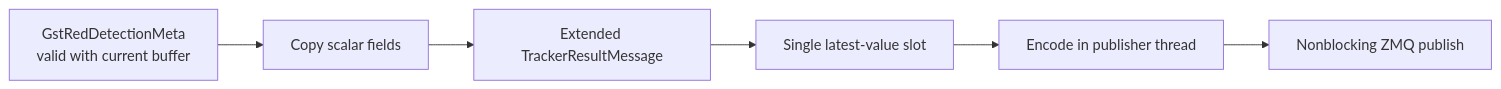
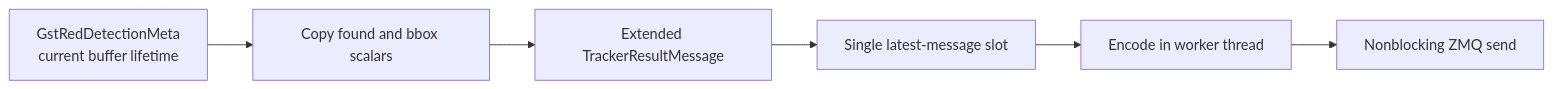
Before and after one commit to mayaboker/bt_ws: the fifth of 5 diagrams in bt_gst/docs/red_detection_zmq_flow.md, drawn with Mermaid. The commit also changed other lines of this file and 36 other files, not shown here.

````diff
--- a/bt_gst/docs/red_detection_zmq_flow.md
+++ b/bt_gst/docs/red_detection_zmq_flow.md
@@ -142,11 +267,11 @@
 ```mermaid
 flowchart LR
-    Meta[GstRedDetectionMeta<br/>valid with current buffer]
-    Copy[Copy scalar fields]
+    Meta[GstRedDetectionMeta<br/>current buffer lifetime]
+    Copy[Copy found and bbox scalars]
     Message[Extended TrackerResultMessage]
-    Latest[Single latest-value slot]
-    Encode[Encode in publisher thread]
-    Publish[Nonblocking ZMQ publish]
+    Slot[Single latest-message slot]
+    Encode[Encode in worker thread]
+    Send[Nonblocking ZMQ send]
 
-    Meta --> Copy --> Message --> Latest --> Encode --> Publish
+    Meta --> Copy --> Message --> Slot --> Encode --> Send
 ```
````
